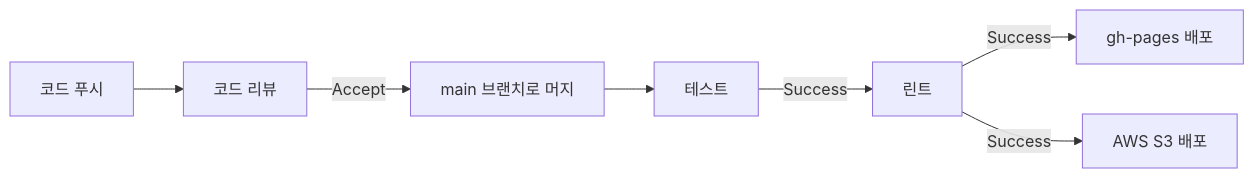
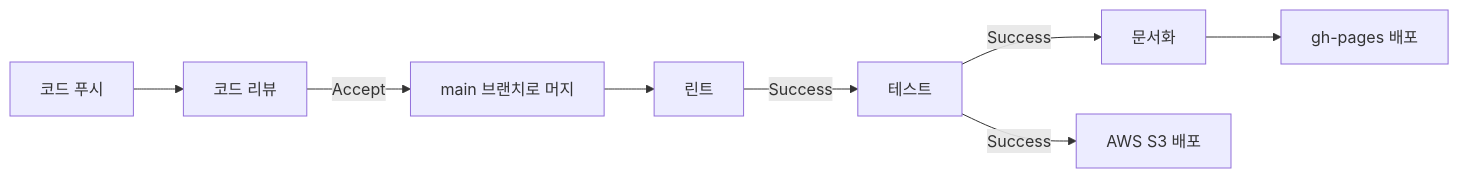
Before and after one commit to Daily1Hour/PickMe-Auth-Parcel: the diagram in README.md, drawn with Mermaid. The commit also changed other lines of this file and 1 other file, not shown here.

````diff
--- a/README.md
+++ b/README.md
@@ -106,9 +126,10 @@
 ```mermaid
 graph LR
     Push[코드 푸시] --> Review[코드 리뷰]
     Review -->|Accept| Merge[main 브랜치로 머지]
-    Merge --> Test[테스트]
-    Test --> |Success|Lint[린트]
-    Lint --> |Success|DeployGH[gh-pages 배포]
-    Lint --> |Success|DeployAWS[AWS S3 배포]
+    Merge --> Lint[린트]
+    Lint --> |Success|Test[테스트]
+    Test --> |Success|Docs[문서화]
+    Docs --> DeployGH[gh-pages 배포]
+    Test --> |Success|DeployAWS[AWS S3 배포]
 ```
````
